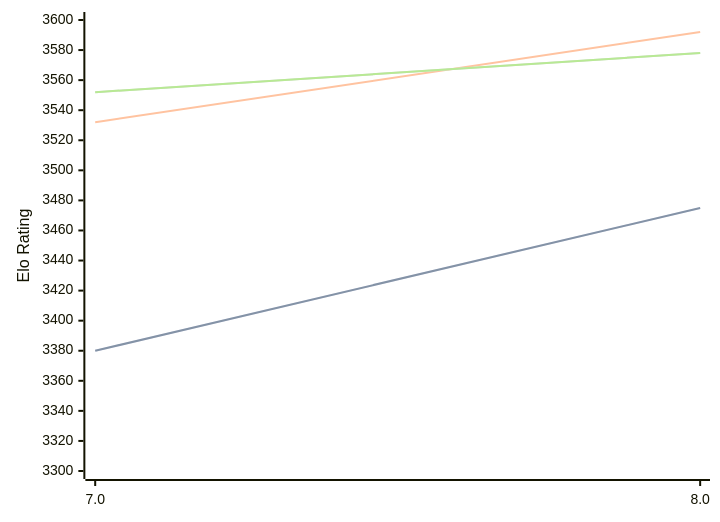
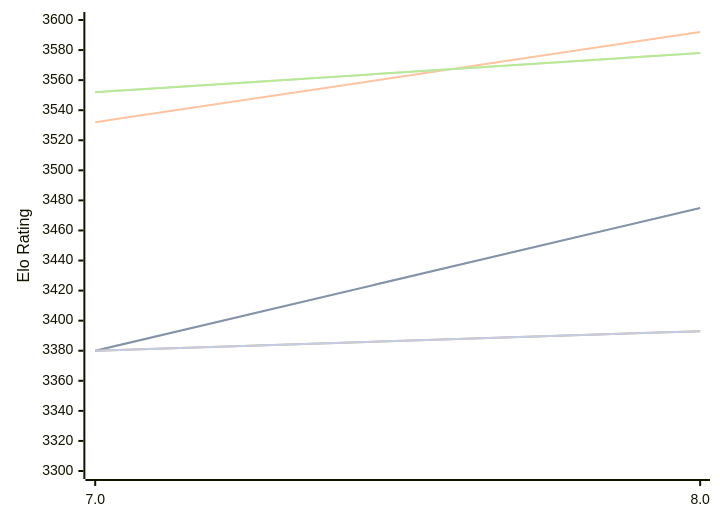
One commit to computer-chess-index/cci changed the diagram in engines/Integral.md. Above: the diagram before and after it, drawn with Mermaid. The commit also changed other lines of this file, not shown here.

Commit message:
Update CCI Ratings (ELO VLTC) - 2026-10-11

````diff
--- a/engines/Integral.md
+++ b/engines/Integral.md
@@ -48,16 +48,13 @@
 ```mermaid
 %%{init: {"theme":"base","themeVariables":{"seriesColors:['#a3a3a3','#222221','#faa371']}}}%%
 xychart-beta
   x-axis ["7.0", "8.0"]
   y-axis "Elo Rating" 3300 --> 3600
   line "" [3380, 3475]
   line "T1: STC (8.0+0.08s)" [3380, 3475]
   line "T1: LTC (60.0+0.60s)" [3532, 3592]
   line "" [3552, 3578]
   line "T1: VLTC (2m24s+1.12s)" [3552, 3578]
-  line "" [3379]
-  line "E1: STC (8.0+0.08s)" [3379]
-  line "E1: LTC (60.0+0.60s)" [3567]
-  line "" [3615]
-  line "E1: VLTC (2m24s+1.12s)" [3615]
+  line "" [3380,3393]
+  line "E1: STC (8.0+0.08s)" [3380,3393]
 ```
````
